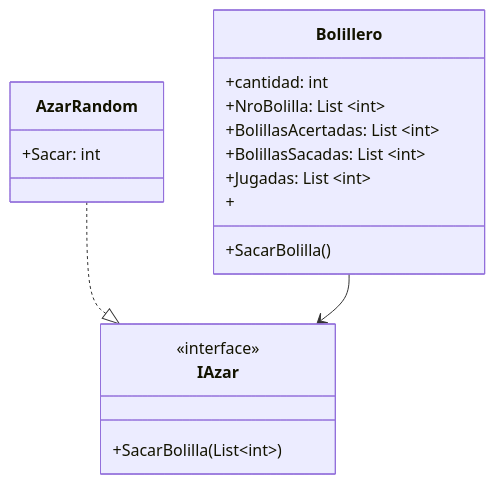
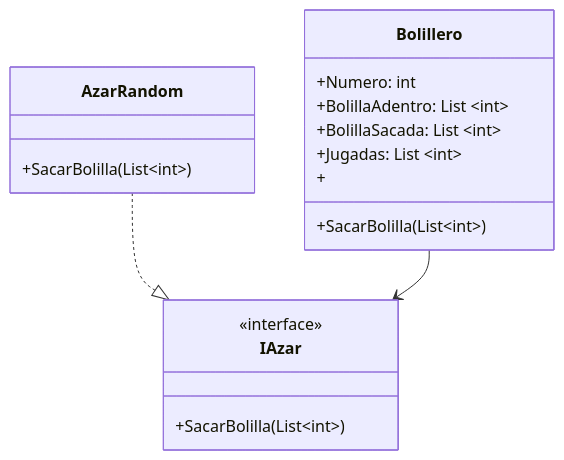
One commit to JavierMerele/Bolillero changed the diagram in docs/diagrama.md. Above: the diagram before and after it, drawn with Mermaid. The commit also changed 3 other files, not shown here.

````diff
--- a/docs/diagrama.md
+++ b/docs/diagrama.md
@@ -1,29 +1,28 @@
 ```mermaid
 classDiagram
 
 class Bolillero{
-    +cantidad: int
-    +NroBolilla: List ~int~
-    +BolillasAcertadas: List ~int~
-    +BolillasSacadas: List ~int~
+    +Numero: int
+    +BolillaAdentro: List ~int~
+    +BolillaSacada: List ~int~
     +Jugadas: List ~int~
     +
-    +SacarBolilla()
+    +SacarBolilla(List~int~)
 
 
 }
 
 
 class IAzar{
     <<interface>>
     +SacarBolilla(List~int~)
 }
 
 
 class AzarRandom{
-    +Sacar: int
+    +SacarBolilla(List~int~)
 }
 
  AzarRandom ..|>  IAzar
  Bolillero --> IAzar
 ```
````
